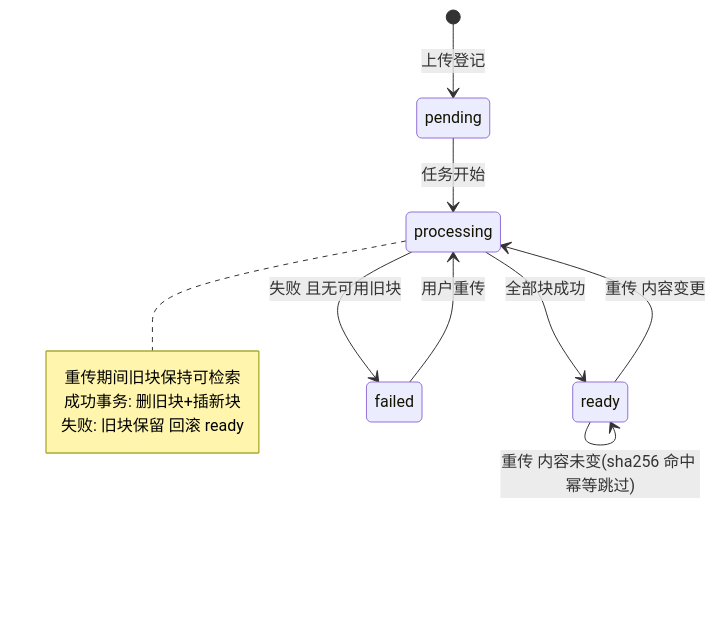
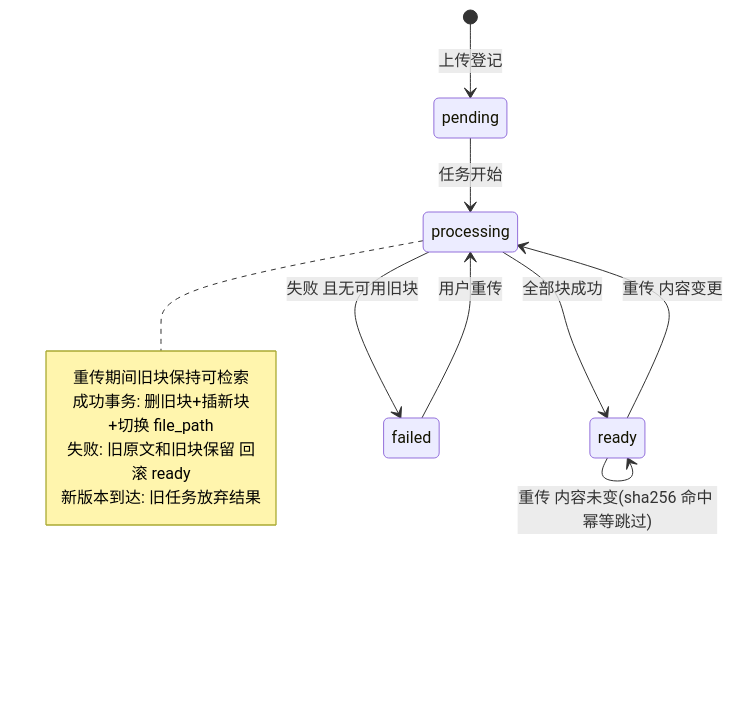
The second of 2 diagrams in docs/design/03-data-model.md (One-29/personal-knowledge-base), drawn with Mermaid before and after one commit. The commit also changed other lines of this file and 15 other files, not shown here.

````diff
--- a/docs/design/03-data-model.md
+++ b/docs/design/03-data-model.md
@@ -145,15 +155,16 @@
 ```mermaid
 stateDiagram-v2
     [*] --> pending: 上传登记
     pending --> processing: 任务开始
     processing --> ready: 全部块成功
     processing --> failed: 失败 且无可用旧块
     failed --> processing: 用户重传
     ready --> processing: 重传 内容变更
     ready --> ready: 重传 内容未变(sha256 命中 幂等跳过)
     note right of processing
         重传期间旧块保持可检索
-        成功事务: 删旧块+插新块
-        失败: 旧块保留 回滚 ready
+        成功事务: 删旧块+插新块+切换 file_path
+        失败: 旧原文和旧块保留 回滚 ready
+        新版本到达: 旧任务放弃结果
     end note
 ```
````
